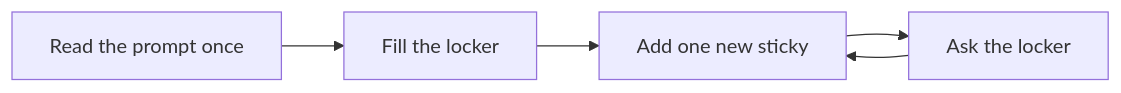
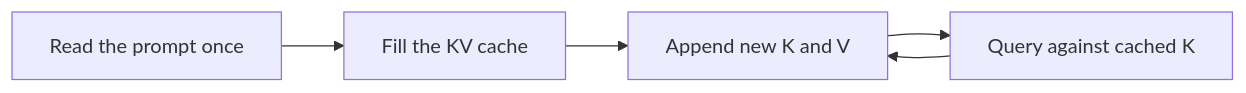
The first of 4 diagrams in _posts/2026-09-24-kv-cache-sticky-notes.md (vijaykumarjob0701/theintelliwise), drawn with Mermaid before and after one commit. The commit also changed other lines of this file and 6 other files, not shown here.

````diff
--- a/_posts/2026-09-24-kv-cache-sticky-notes.md
+++ b/_posts/2026-09-24-kv-cache-sticky-notes.md
@@ -21,7 +19,7 @@
 ```mermaid
 flowchart LR
-  A[Read the prompt once] --> B[Fill the locker]
-  B --> C[Add one new sticky]
-  C --> D[Ask the locker]
+  A[Read the prompt once] --> B[Fill the KV cache]
+  B --> C[Append new K and V]
+  C --> D[Query against cached K]
   D --> C
 ```
````
